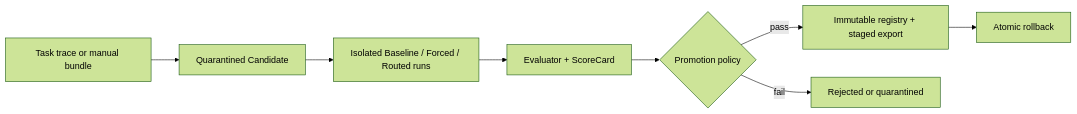
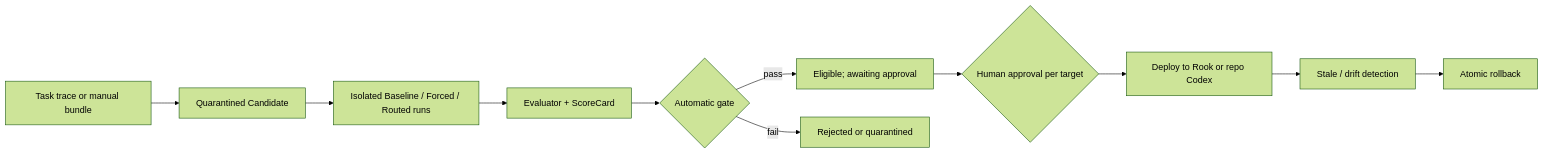
The diagram in README.md (Lem0nTea2002/Rook), drawn with Mermaid (forest theme) before and after one commit. The commit also changed other lines of this file and 12 other files, not shown here.

````diff
--- a/README.md
+++ b/README.md
@@ -41,10 +41,13 @@
 ```mermaid
 flowchart LR
     A["Task trace or manual bundle"] --> B["Quarantined Candidate"]
     B --> C["Isolated Baseline / Forced / Routed runs"]
     C --> D["Evaluator + ScoreCard"]
-    D --> E{"Promotion policy"}
-    E -->|pass| F["Immutable registry + staged export"]
+    D --> E{"Automatic gate"}
+    E -->|pass| F["Eligible; awaiting approval"]
     E -->|fail| G["Rejected or quarantined"]
-    F --> H["Atomic rollback"]
+    F --> H{"Human approval per target"}
+    H --> I["Deploy to Rook or repo Codex"]
+    I --> J["Stale / drift detection"]
+    J --> K["Atomic rollback"]
 ```
````
